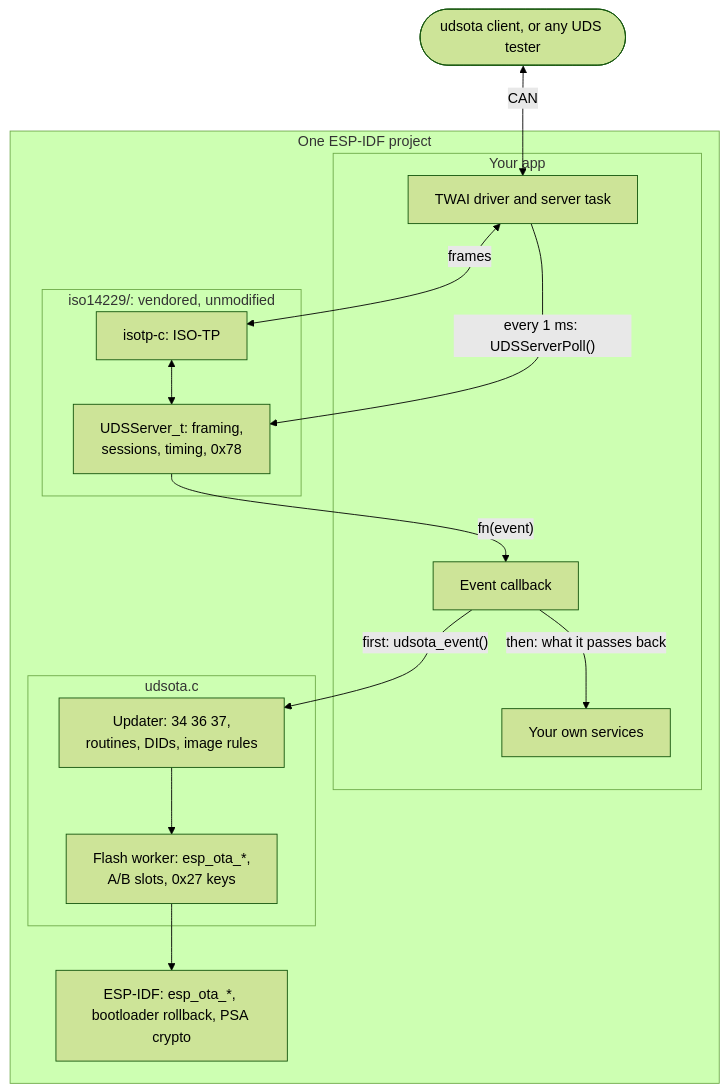
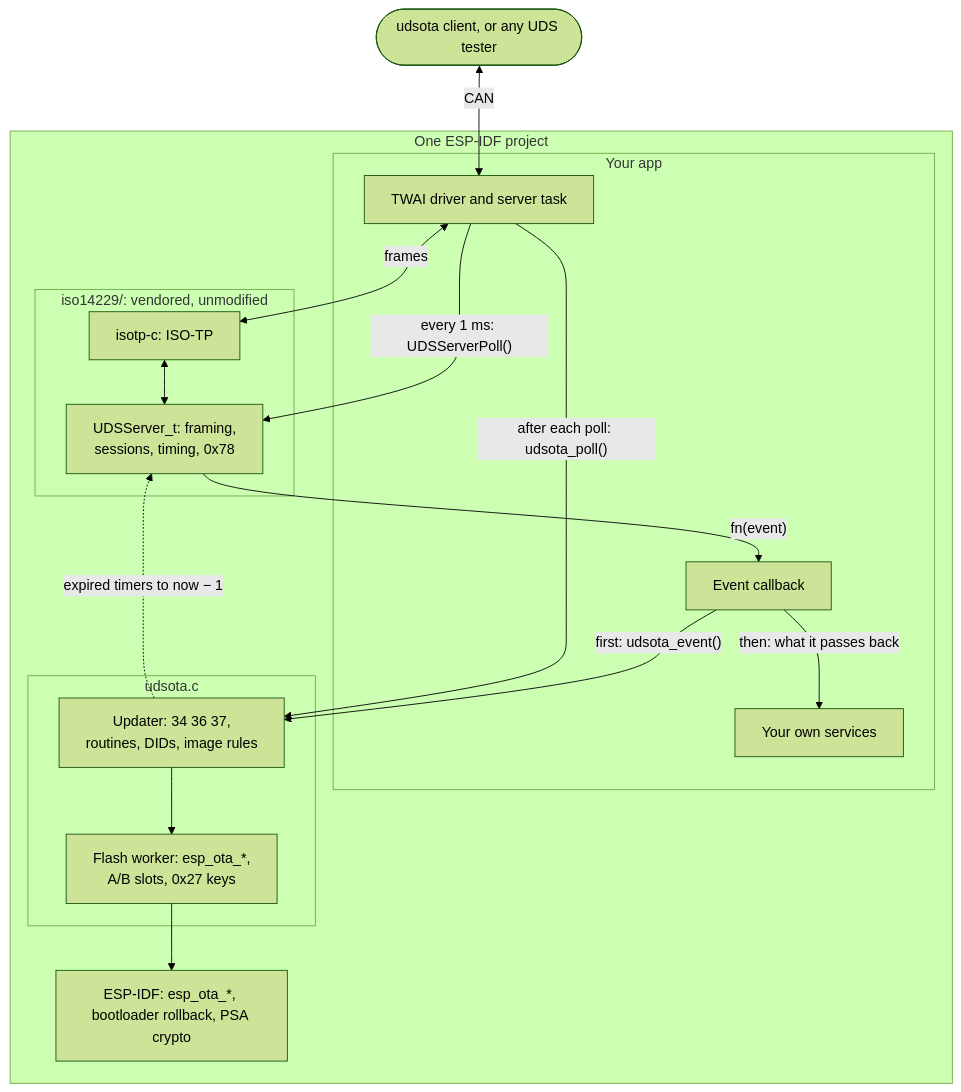
The diagram in README.md (ramb0t/udsota), drawn with Mermaid (forest theme) before and after one commit. The commit also changed other lines of this file and 7 other files, not shown here.

````diff
--- a/README.md
+++ b/README.md
@@ -32,28 +33,30 @@
 ```mermaid
 flowchart TB
     tester(["udsota client, or any UDS tester"])
     subgraph project["One ESP-IDF project"]
         subgraph app["Your app"]
             io["TWAI driver and server task"]
             callback["Event callback"]
             own["Your own services"]
         end
         subgraph iso["iso14229/: vendored, unmodified"]
             isotp["isotp-c: ISO-TP"]
             server["UDSServer_t: framing,<br/>sessions, timing, 0x78"]
         end
         subgraph udsota["udsota.c"]
             updater["Updater: 34 36 37,<br/>routines, DIDs, image rules"]
             worker["Flash worker: esp_ota_*,<br/>A/B slots, 0x27 keys"]
         end
         idf["ESP-IDF: esp_ota_*, bootloader rollback, PSA crypto"]
     end
     tester <-->|CAN| io
     io <-->|frames| isotp
     isotp <--> server
     io -->|"every 1 ms: UDSServerPoll()"| server
+    io -->|"after each poll: udsota_poll()"| updater
+    updater -.->|"expired timers to now − 1"| server
     server -->|"fn(event)"| callback
     callback -->|"first: udsota_event()"| updater
     callback -->|"then: what it passes back"| own
     updater --> worker --> idf
 ```
````
